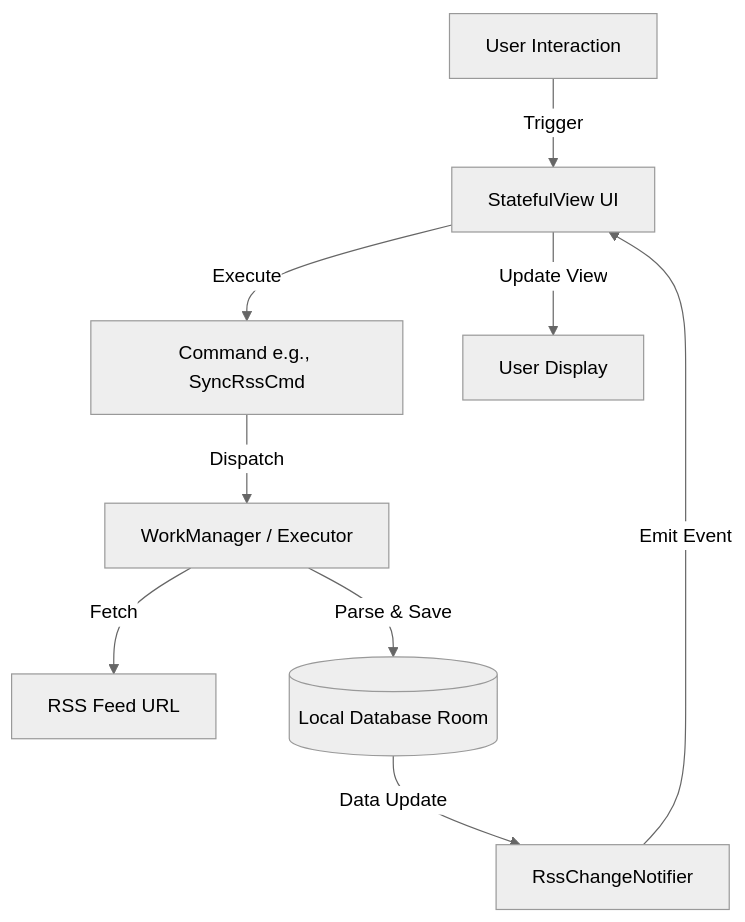
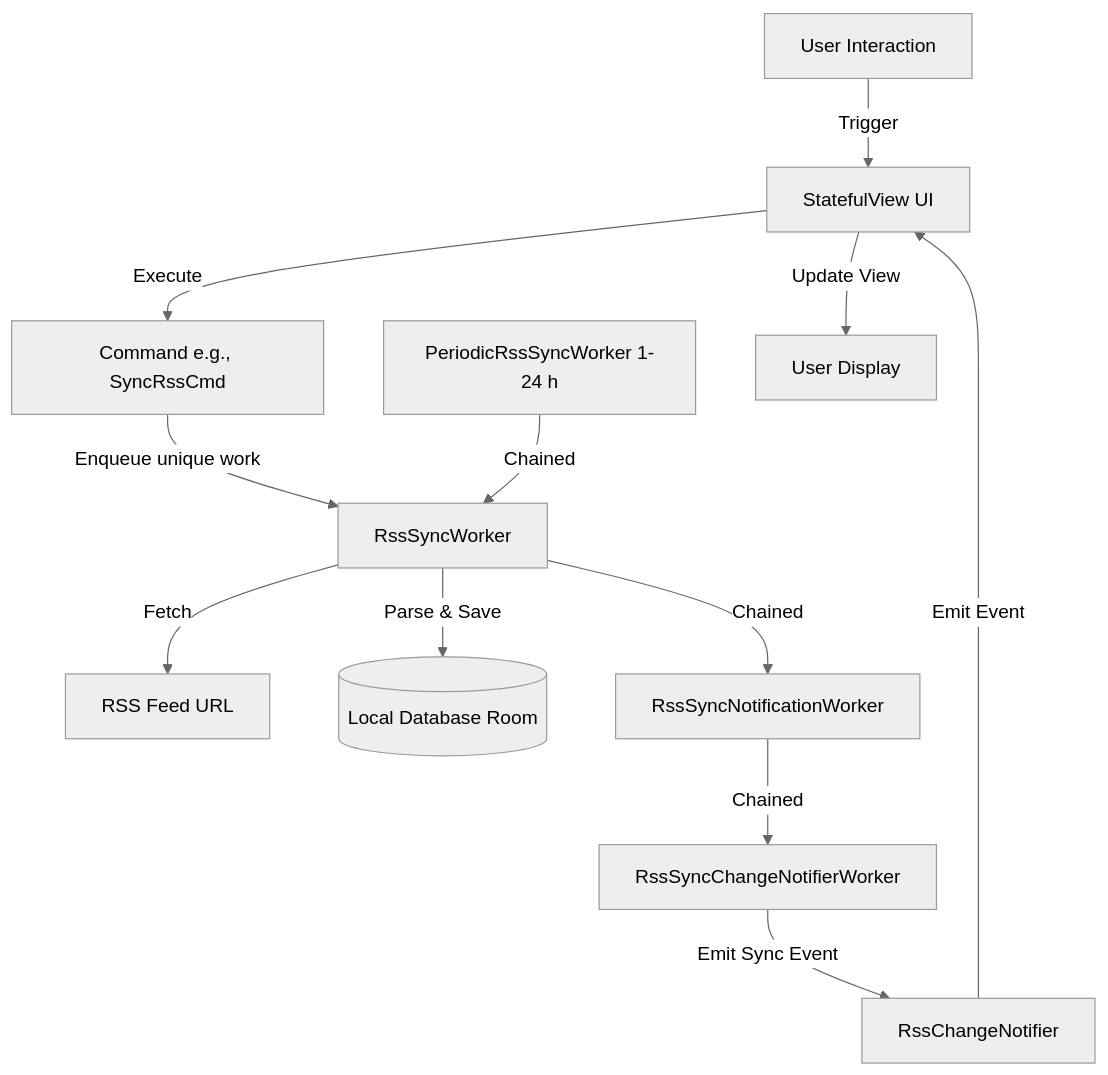
Before and after one commit to rh-id/a-news-provider: the diagram in README.md, drawn with Mermaid (neutral theme). The commit also changed other lines of this file, not shown here.

````diff
--- a/README.md
+++ b/README.md
@@ -64,11 +93,14 @@
 ```mermaid
 graph TD
     User[User Interaction] -->|Trigger| UI[StatefulView UI]
     UI -->|Execute| Cmd[Command e.g., SyncRssCmd]
-    Cmd -->|Dispatch| Work[WorkManager / Executor]
-    Work -->|Fetch| Network[RSS Feed URL]
-    Work -->|Parse & Save| DB[(Local Database Room)]
-    DB -->|Data Update| Notifier[RssChangeNotifier]
+    Cmd -->|Enqueue unique work| Sync[RssSyncWorker]
+    Periodic[PeriodicRssSyncWorker 1-24 h] -->|Chained| Sync
+    Sync -->|Fetch| Network[RSS Feed URL]
+    Sync -->|Parse & Save| DB[(Local Database Room)]
+    Sync -->|Chained| Notif[RssSyncNotificationWorker]
+    Notif -->|Chained| Change[RssSyncChangeNotifierWorker]
+    Change -->|Emit Sync Event| Notifier[RssChangeNotifier]
     Notifier -->|Emit Event| UI
     UI -->|Update View| Display[User Display]
 ```
````
